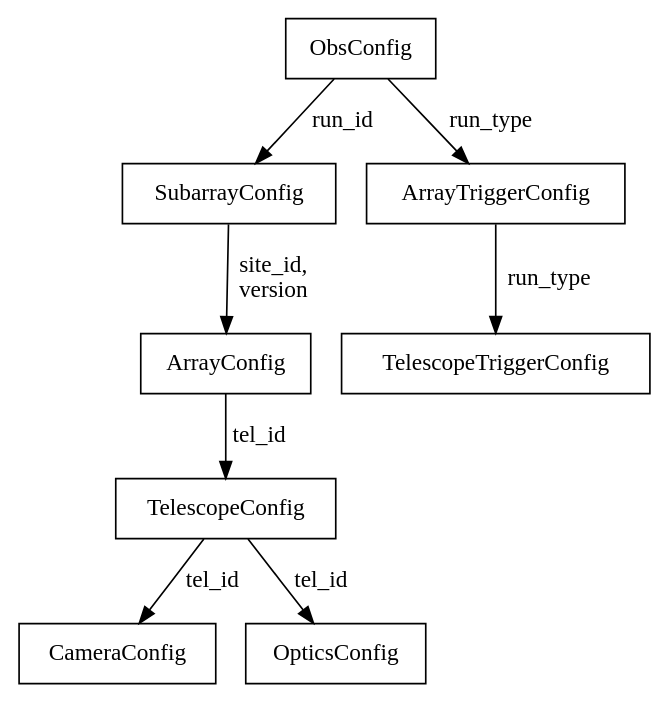
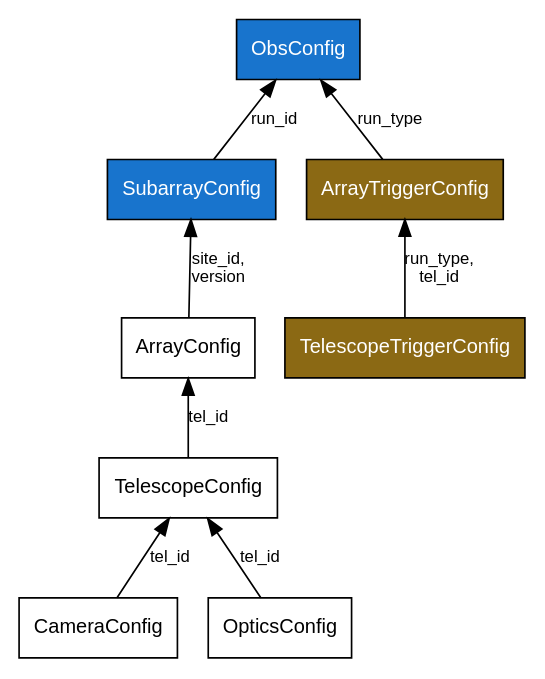
The diagram in docs/io/config.dot (cta-observatory/ctapipe), drawn with Graphviz before and after one commit. The commit also changed 2 other files, not shown here.

Commit message:
updated dot diagram for config, some non-working code for config class

```diff
--- a/docs/io/config.dot
+++ b/docs/io/config.dot
@@ -1,14 +1,23 @@
 digraph config {
 
-        node [shape=box];
+        node [shape=record fontsize=12 fontname="Arial"];
+        edge [fontname = "Arial" fontsize = 10 dir=back]
+
+
+        ObsConfig [fillcolor=dodgerblue3, fontcolor=white, style=filled]
+        SubarrayConfig [fillcolor=dodgerblue3, fontcolor=white, style=filled] 
+        ArrayTriggerConfig [fillcolor=goldenrod4,
+                            fontcolor=white, style=filled]
+        TelescopeTriggerConfig [fillcolor=goldenrod4,
+                                fontcolor=white, style=filled]
 
         ObsConfig -> SubarrayConfig [label="run_id"];
         ObsConfig -> ArrayTriggerConfig [label="run_type"];
-        ArrayTriggerConfig -> TelescopeTriggerConfig [label="run_type"];       
+        ArrayTriggerConfig -> TelescopeTriggerConfig [label="run_type,\ntel_id"];       
         SubarrayConfig -> ArrayConfig [label="site_id,\nversion"]      
         ArrayConfig -> TelescopeConfig [label="tel_id"];
         TelescopeConfig -> CameraConfig [label="tel_id"];
         TelescopeConfig -> OpticsConfig [label="tel_id"];
 
 
 }
```
